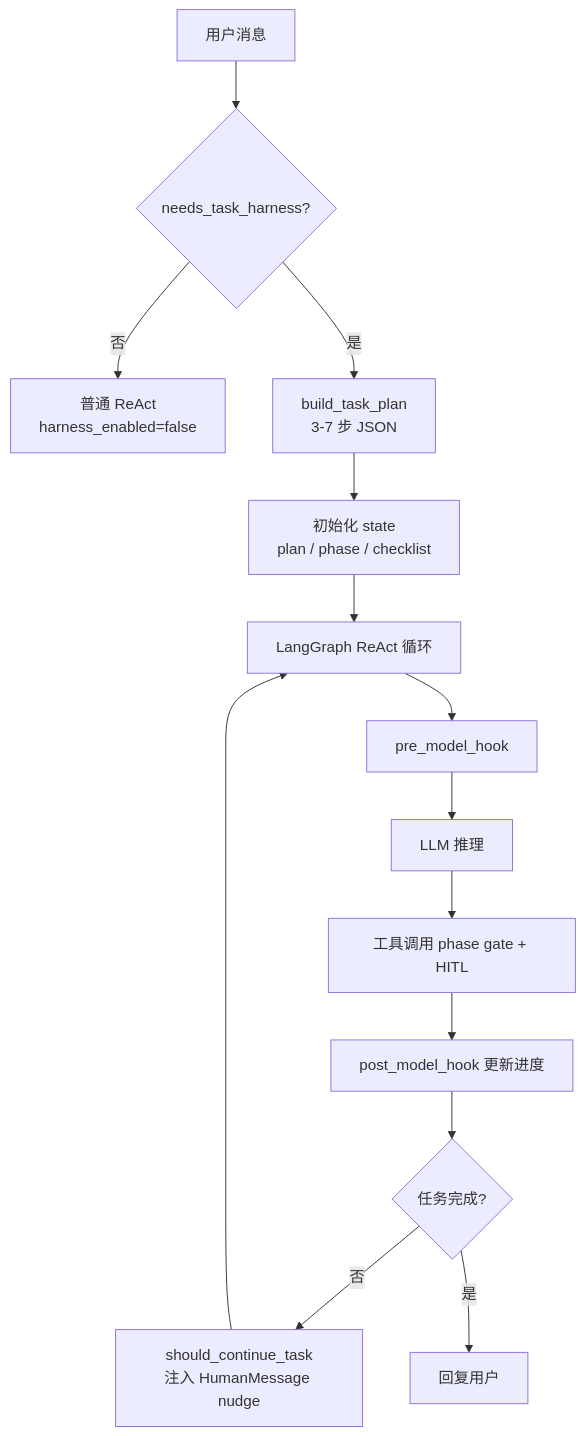
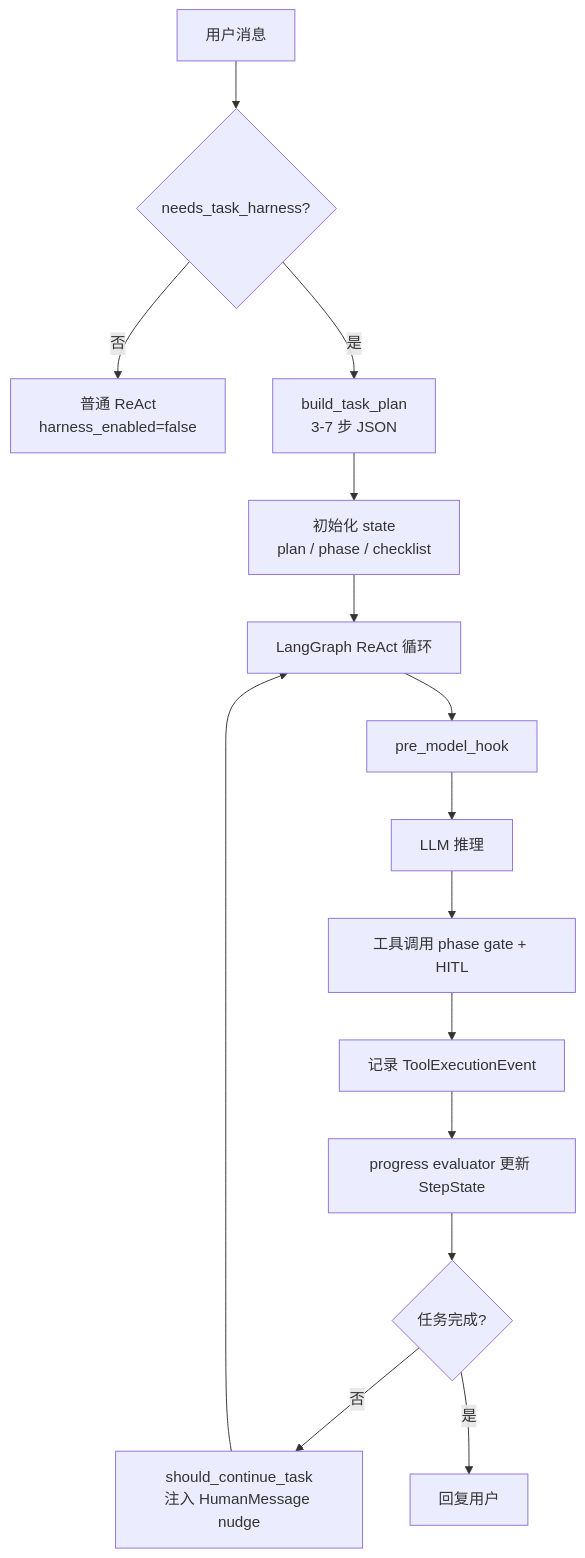
One commit to Pzy812/my_AI_chat changed the diagram in docs/TASK_HARNESS.md. Above: the diagram before and after it, drawn with Mermaid. The commit also changed other lines of this file and 27 other files, not shown here.

````diff
--- a/docs/TASK_HARNESS.md
+++ b/docs/TASK_HARNESS.md
@@ -35,16 +36,17 @@
 ```mermaid
 flowchart TD
     A[用户消息] --> B{needs_task_harness?}
     B -->|否| C[普通 ReAct<br/>harness_enabled=false]
     B -->|是| D[build_task_plan<br/>3-7 步 JSON]
     D --> E[初始化 state<br/>plan / phase / checklist]
     E --> F[LangGraph ReAct 循环]
     F --> G[pre_model_hook]
     G --> H[LLM 推理]
     H --> I[工具调用 phase gate + HITL]
-    I --> J[post_model_hook 更新进度]
-    J --> K{任务完成?}
+    I --> J[记录 ToolExecutionEvent]
+    J --> N[progress evaluator 更新 StepState]
+    N --> K{任务完成?}
     K -->|否| L[should_continue_task<br/>注入 HumanMessage nudge]
     L --> F
     K -->|是| M[回复用户]
 ```
````
